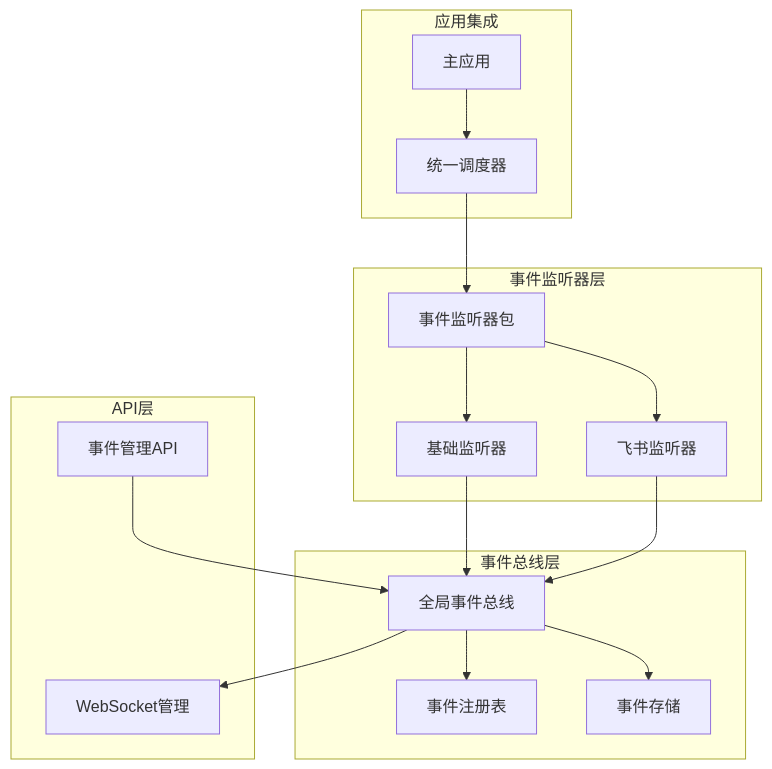
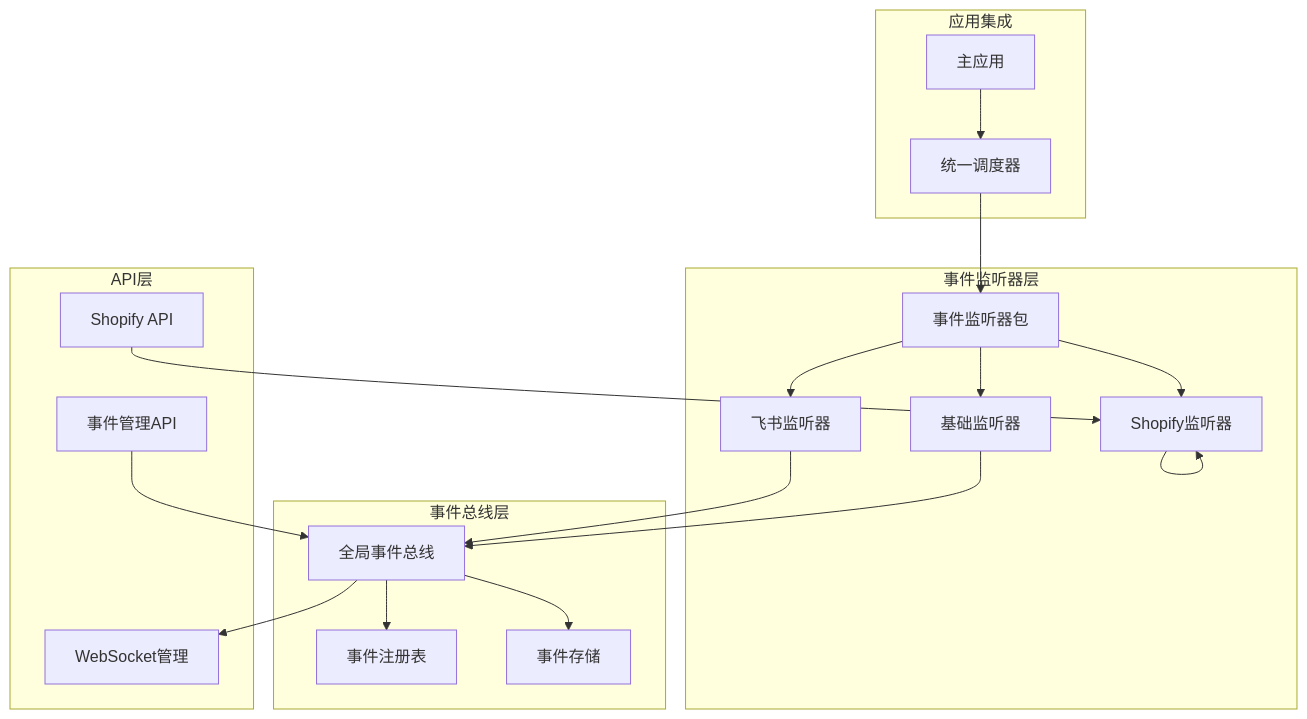
Before and after one commit to angledick/-: the first of 11 diagrams in .qoder/repowiki/zh/content/系统架构/事件驱动系统/事件监听器架构.md, drawn with Mermaid. The commit also changed other lines of this file and 313 other files, not shown here.

````diff
--- a/.qoder/repowiki/zh/content/系统架构/事件驱动系统/事件监听器架构.md
+++ b/.qoder/repowiki/zh/content/系统架构/事件驱动系统/事件监听器架构.md
@@ -42,31 +59,36 @@
 ```mermaid
 graph TB
 subgraph "事件监听器层"
 EL[事件监听器包]
 BE[基础监听器]
 FL[飞书监听器]
+SL[Shopify监听器]
 end
 subgraph "事件总线层"
 EB[全局事件总线]
 ER[事件注册表]
 ES[事件存储]
 end
 subgraph "API层"
 API[事件管理API]
 WS[WebSocket管理]
+SHOPAPI[Shopify API]
 end
 subgraph "应用集成"
 UD[统一调度器]
 MAIN[主应用]
 end
 EL --> BE
 EL --> FL
+EL --> SL
 BE --> EB
 FL --> EB
+SL --> SL
 EB --> ER
 EB --> ES
 EB --> WS
 API --> EB
+SHOPAPI --> SL
 UD --> EL
 MAIN --> UD
 ```
````
